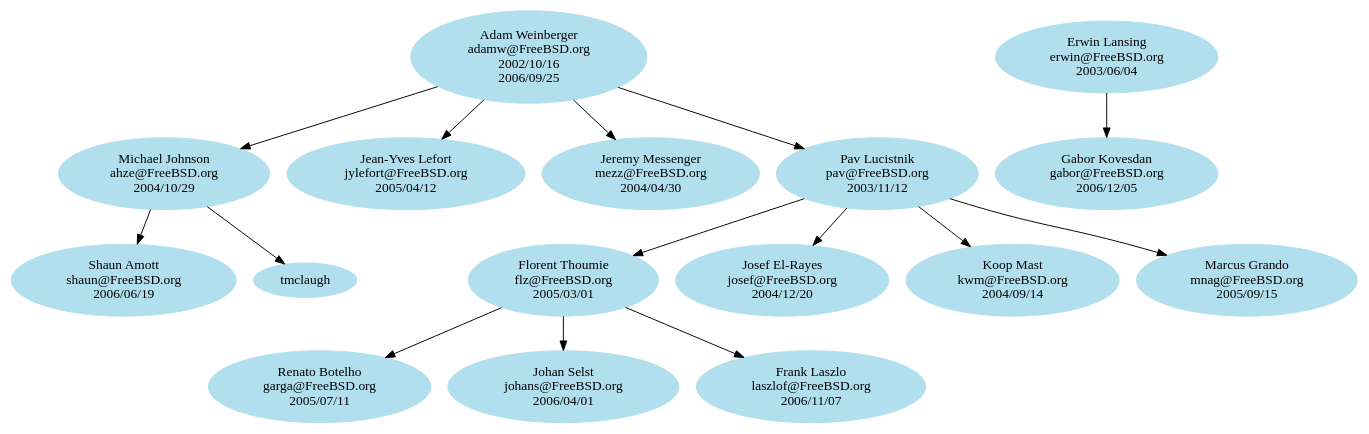
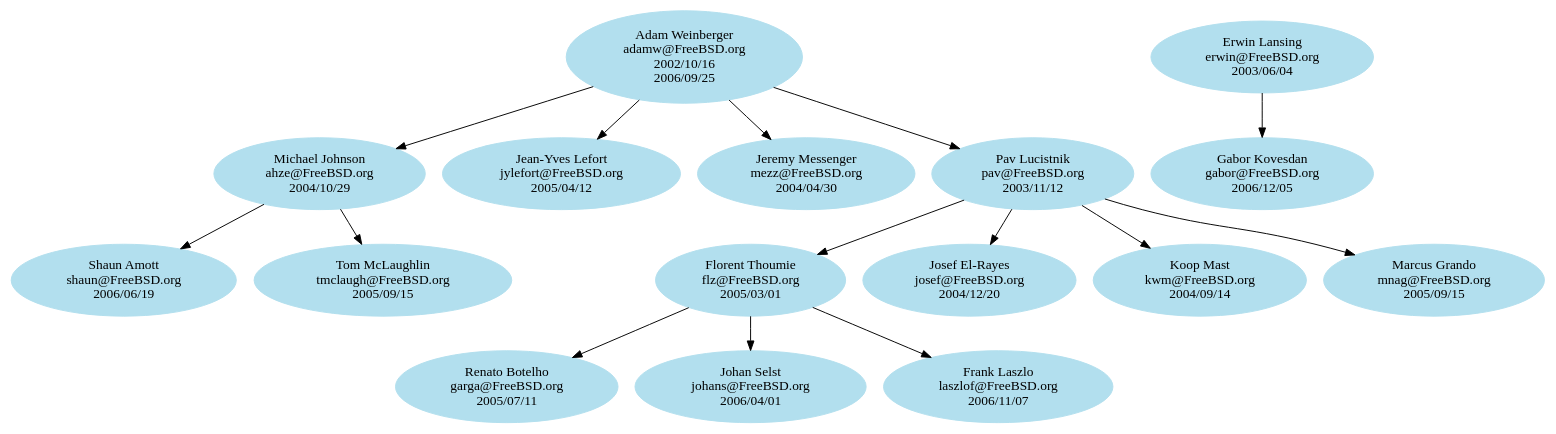
The diagram in share/misc/committers-ports.dot (kelvinyu/unix-history-repo), drawn with Graphviz before and after one commit.

Commit message:
Add tmclaughs info

```diff
--- a/share/misc/committers-ports.dot
+++ b/share/misc/committers-ports.dot
@@ -1,50 +1,51 @@
 # $FreeBSD$
 
 digraph ports {
 
 node [color=grey62, style=filled, bgcolor=black];
 
 # Alumni go here.
 
 node [color=lightblue2, style=filled, bgcolor=black];
 
 # Current ports committers go here. Try to keep things sorted.
 
 adamw [label="Adam Weinberger\nadamw@FreeBSD.org\n2002/10/16\n2006/09/25"]
 ahze [label="Michael Johnson\nahze@FreeBSD.org\n2004/10/29"]
 erwin [label="Erwin Lansing\nerwin@FreeBSD.org\n2003/06/04"]
 flz [label="Florent Thoumie\nflz@FreeBSD.org\n2005/03/01"]
 gabor [label="Gabor Kovesdan\ngabor@FreeBSD.org\n2006/12/05"]
 garga [label="Renato Botelho\ngarga@FreeBSD.org\n2005/07/11"]
 johans [label="Johan Selst\njohans@FreeBSD.org\n2006/04/01"]
 josef [label="Josef El-Rayes\njosef@FreeBSD.org\n2004/12/20"]
 jylefort [label="Jean-Yves Lefort\njylefort@FreeBSD.org\n2005/04/12"]
 kwm [label="Koop Mast\nkwm@FreeBSD.org\n2004/09/14"]
 laszlof [label="Frank Laszlo\nlaszlof@FreeBSD.org\n2006/11/07"]
 mezz [label="Jeremy Messenger\nmezz@FreeBSD.org\n2004/04/30"]
 mnag [label="Marcus Grando\nmnag@FreeBSD.org\n2005/09/15"]
 pav [label="Pav Lucistnik\npav@FreeBSD.org\n2003/11/12"]
 shaun [label="Shaun Amott\nshaun@FreeBSD.org\n2006/06/19"]
+tmclaugh [label="Tom McLaughlin\ntmclaugh@FreeBSD.org\n2005/09/15"]
 
 # Here are the mentor/mentee relationships.
 
 adamw -> ahze
 adamw -> jylefort
 adamw -> mezz
 adamw -> pav
 
 ahze -> shaun
 ahze -> tmclaugh
 
 erwin -> gabor
 
 flz -> garga
 flz -> johans
 flz -> laszlof
 
 pav -> flz
 pav -> josef
 pav -> kwm
 pav -> mnag
 
 }
```
